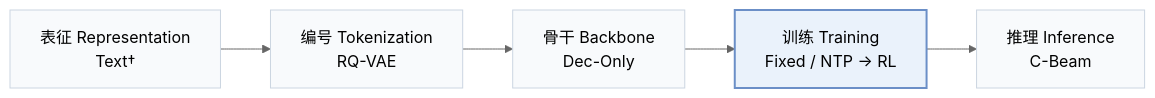
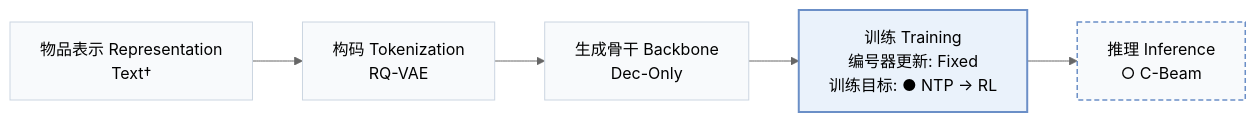
The first of 4 diagrams in pages/zh/papers/v-star.md (Galaxy-ghost/Awesome-SID-Generative-Rec), drawn with Mermaid (neutral theme) before and after one commit. The commit also changed other lines of this file and 558 other files, not shown here.

````diff
--- a/pages/zh/papers/v-star.md
+++ b/pages/zh/papers/v-star.md
@@ -15,8 +18,10 @@
 ```mermaid
 flowchart LR
-    R["表征 Representation<br/>Text†"] --> T["编号 Tokenization<br/>RQ-VAE"] --> B["骨干 Backbone<br/>Dec-Only"] --> TR["训练 Training<br/>Fixed / NTP → RL"] --> I["推理 Inference<br/>C-Beam"]
+    R["物品表示 Representation<br/>Text†"] --> T["构码 Tokenization<br/>RQ-VAE"] --> B["生成骨干 Backbone<br/>Dec-Only"] --> TR["训练 Training<br/>编号器更新: Fixed<br/>训练目标: ● NTP → RL"] --> I["推理 Inference<br/>○ C-Beam"]
     classDef base fill:#f8fafc,stroke:#cbd5e1
     class R,T,B,TR,I base
+    classDef other fill:#f8fafc,stroke:#6b8fc7,stroke-width:1.5px,stroke-dasharray:5 3
+    class I other
     classDef main fill:#eaf2fb,stroke:#6b8fc7,stroke-width:2px
     class TR main
 ```
````
